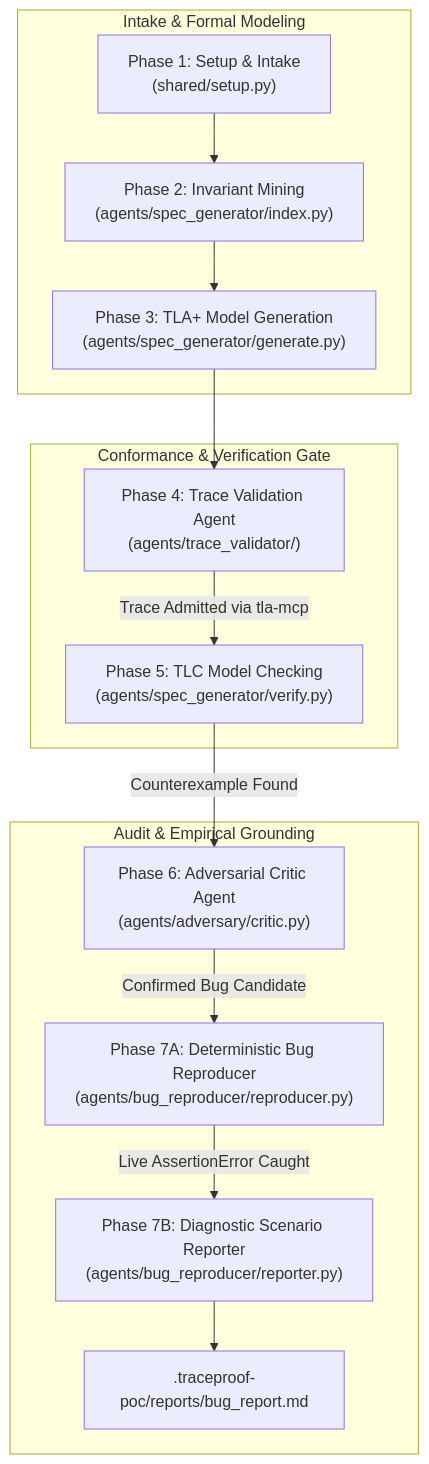
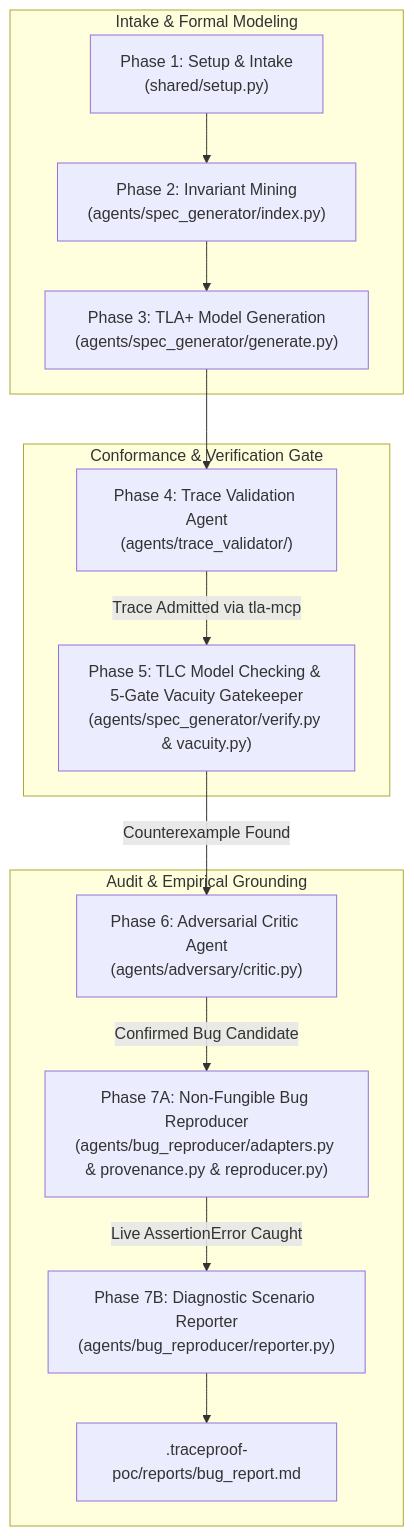
One commit to Trace-Proof-Org/PoC changed the second of 4 diagrams in Walkthrough.md. Above: the diagram before and after it, drawn with Mermaid. The commit also changed other lines of this file and 1 other file, not shown here.

````diff
--- a/Walkthrough.md
+++ b/Walkthrough.md
@@ -51,19 +71,19 @@
 ```mermaid
 flowchart TD
     subgraph "Intake & Formal Modeling"
         P1["Phase 1: Setup & Intake<br/>(shared/setup.py)"] --> P2["Phase 2: Invariant Mining<br/>(agents/spec_generator/index.py)"]
         P2 --> P3["Phase 3: TLA+ Model Generation<br/>(agents/spec_generator/generate.py)"]
     end
 
     subgraph "Conformance & Verification Gate"
         P3 --> P4["Phase 4: Trace Validation Agent<br/>(agents/trace_validator/)"]
-        P4 -->|Trace Admitted via tla-mcp| P5["Phase 5: TLC Model Checking<br/>(agents/spec_generator/verify.py)"]
+        P4 -->|Trace Admitted via tla-mcp| P5["Phase 5: TLC Model Checking & 5-Gate Vacuity Gatekeeper<br/>(agents/spec_generator/verify.py & vacuity.py)"]
     end
 
     subgraph "Audit & Empirical Grounding"
         P5 -->|Counterexample Found| P6["Phase 6: Adversarial Critic Agent<br/>(agents/adversary/critic.py)"]
-        P6 -->|Confirmed Bug Candidate| P7A["Phase 7A: Deterministic Bug Reproducer<br/>(agents/bug_reproducer/reproducer.py)"]
+        P6 -->|Confirmed Bug Candidate| P7A["Phase 7A: Non-Fungible Bug Reproducer<br/>(agents/bug_reproducer/adapters.py & provenance.py & reproducer.py)"]
         P7A -->|Live AssertionError Caught| P7B["Phase 7B: Diagnostic Scenario Reporter<br/>(agents/bug_reproducer/reporter.py)"]
         P7B --> OUT[".traceproof-poc/reports/bug_report.md"]
     end
 ```
````
